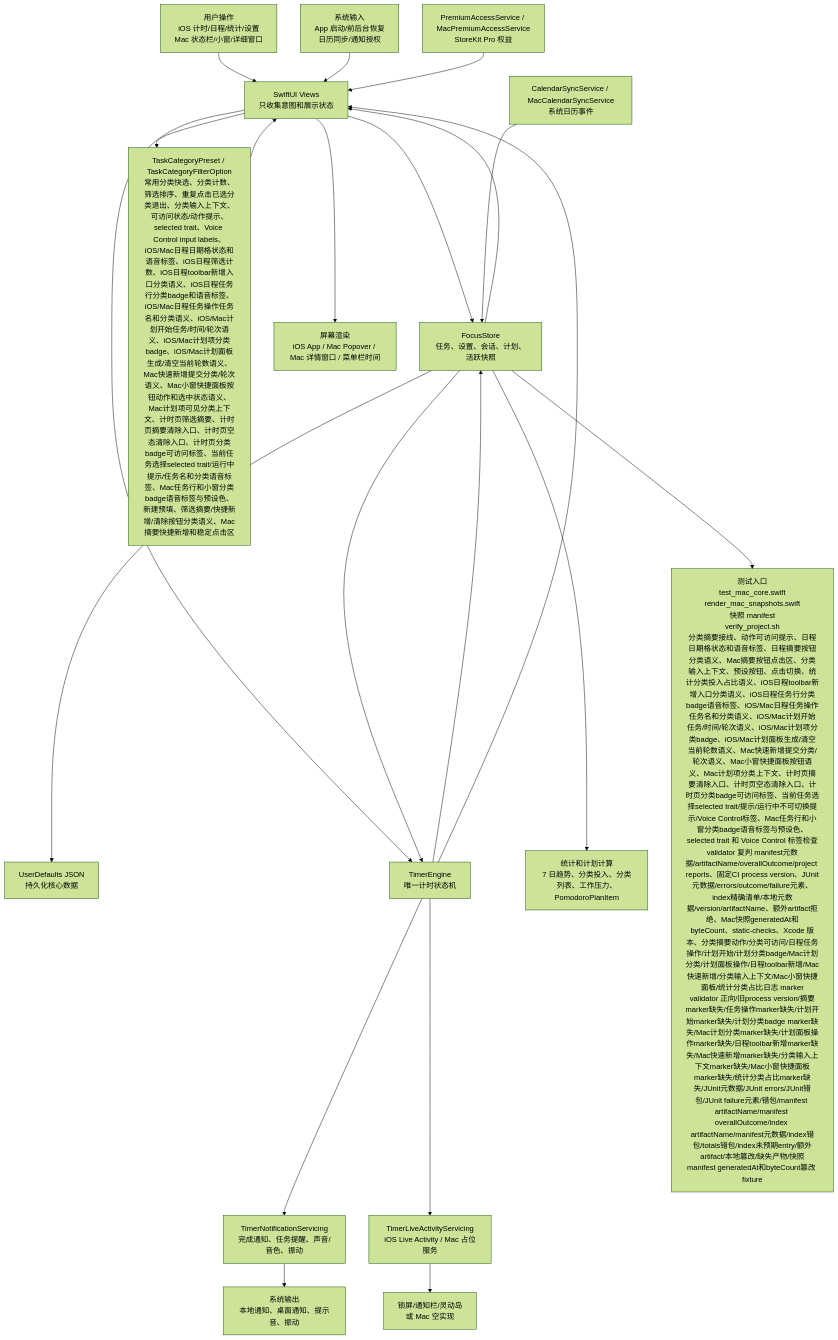
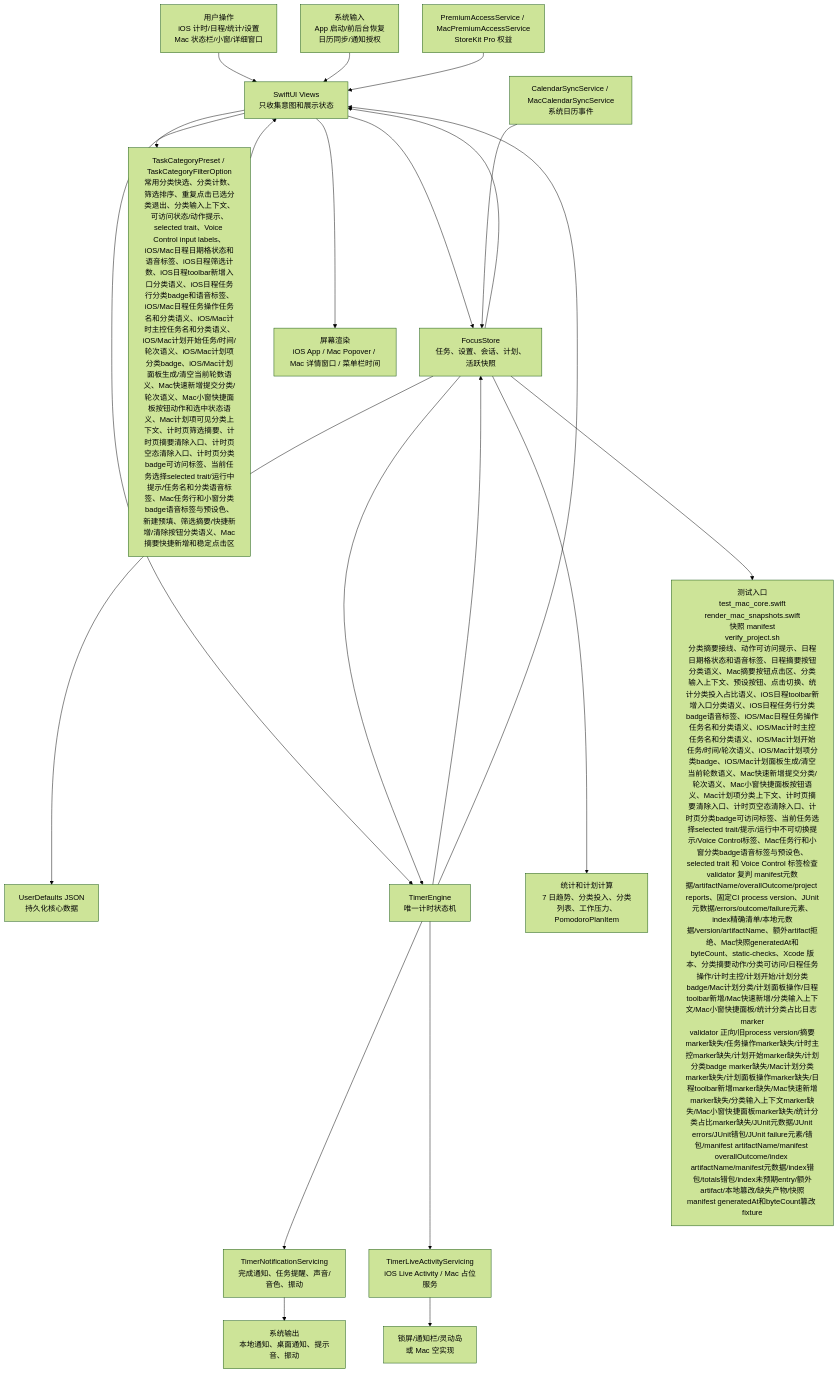
Before and after one commit to Altman-sam114/114: the first of 6 diagrams in md/flow/flowchart.md, drawn with Mermaid (forest theme). The commit also changed other lines of this file and 10 other files, not shown here.

````diff
--- a/md/flow/flowchart.md
+++ b/md/flow/flowchart.md
@@ -9,23 +9,23 @@
 ```mermaid
 flowchart TD
   U["用户操作<br/>iOS 计时/日程/统计/设置<br/>Mac 状态栏/小窗/详细窗口"] --> V["SwiftUI Views<br/>只收集意图和展示状态"]
   SYS["系统输入<br/>App 启动/前后台恢复<br/>日历同步/通知授权"] --> V
   V --> S["FocusStore<br/>任务、设置、会话、计划、活跃快照"]
-  V --> CAT["TaskCategoryPreset / TaskCategoryFilterOption<br/>常用分类快选、分类计数、筛选排序、重复点击已选分类退出、分类输入上下文、可访问状态/动作提示、selected trait、Voice Control input labels、iOS/Mac日程日期格状态和语音标签、iOS日程筛选计数、iOS日程toolbar新增入口分类语义、iOS日程任务行分类badge和语音标签、iOS/Mac日程任务操作任务名和分类语义、iOS/Mac计划开始任务/时间/轮次语义、iOS/Mac计划项分类badge、iOS/Mac计划面板生成/清空当前轮数语义、Mac快速新增提交分类/轮次语义、Mac小窗快捷面板按钮动作和选中状态语义、Mac计划项可见分类上下文、计时页筛选摘要、计时页摘要清除入口、计时页空态清除入口、计时页分类badge可访问标签、当前任务选择selected trait/运行中提示/任务名和分类语音标签、Mac任务行和小窗分类badge语音标签与预设色、新建预填、筛选摘要/快捷新增/清除按钮分类语义、Mac摘要快捷新增和稳定点击区"]
+  V --> CAT["TaskCategoryPreset / TaskCategoryFilterOption<br/>常用分类快选、分类计数、筛选排序、重复点击已选分类退出、分类输入上下文、可访问状态/动作提示、selected trait、Voice Control input labels、iOS/Mac日程日期格状态和语音标签、iOS日程筛选计数、iOS日程toolbar新增入口分类语义、iOS日程任务行分类badge和语音标签、iOS/Mac日程任务操作任务名和分类语义、iOS/Mac计时主控任务名和分类语义、iOS/Mac计划开始任务/时间/轮次语义、iOS/Mac计划项分类badge、iOS/Mac计划面板生成/清空当前轮数语义、Mac快速新增提交分类/轮次语义、Mac小窗快捷面板按钮动作和选中状态语义、Mac计划项可见分类上下文、计时页筛选摘要、计时页摘要清除入口、计时页空态清除入口、计时页分类badge可访问标签、当前任务选择selected trait/运行中提示/任务名和分类语音标签、Mac任务行和小窗分类badge语音标签与预设色、新建预填、筛选摘要/快捷新增/清除按钮分类语义、Mac摘要快捷新增和稳定点击区"]
   CAT --> V
   S --> P["UserDefaults JSON<br/>持久化核心数据"]
   V --> E["TimerEngine<br/>唯一计时状态机"]
   S --> E
   E --> S
   E --> N["TimerNotificationServicing<br/>完成通知、任务提醒、声音/音色、振动"]
   E --> L["TimerLiveActivityServicing<br/>iOS Live Activity / Mac 占位服务"]
   S --> C["统计和计划计算<br/>7 日趋势、分类投入、分类列表、工作压力、PomodoroPlanItem"]
   CAL["CalendarSyncService / MacCalendarSyncService<br/>系统日历事件"] --> S
   PRO["PremiumAccessService / MacPremiumAccessService<br/>StoreKit Pro 权益"] --> V
   S --> V
   E --> V
   V --> OUT["屏幕渲染<br/>iOS App / Mac Popover / Mac 详情窗口 / 菜单栏时间"]
   N --> OUT2["系统输出<br/>本地通知、桌面通知、提示音、振动"]
   L --> OUT3["锁屏/通知栏/灵动岛<br/>或 Mac 空实现"]
-  S --> T["测试入口<br/>test_mac_core.swift<br/>render_mac_snapshots.swift<br/>快照 manifest<br/>verify_project.sh<br/>分类摘要接线、动作可访问提示、日程日期格状态和语音标签、日程摘要按钮分类语义、Mac摘要按钮点击区、分类输入上下文、预设按钮、点击切换、统计分类投入占比语义、iOS日程toolbar新增入口分类语义、iOS日程任务行分类badge语音标签、iOS/Mac日程任务操作任务名和分类语义、iOS/Mac计划开始任务/时间/轮次语义、iOS/Mac计划项分类badge、iOS/Mac计划面板生成/清空当前轮数语义、Mac快速新增提交分类/轮次语义、Mac小窗快捷面板按钮语义、Mac计划项分类上下文、计时页摘要清除入口、计时页空态清除入口、计时页分类badge可访问标签、当前任务选择selected trait/提示/运行中不可切换提示/Voice Control标签、Mac任务行和小窗分类badge语音标签与预设色、selected trait 和 Voice Control 标签检查<br/>validator 复判 manifest元数据/artifactName/overallOutcome/project reports、固定CI process version、JUnit元数据/errors/outcome/failure元素、index精确清单/本地元数据/version/artifactName、额外artifact拒绝、Mac快照generatedAt和byteCount、static-checks、Xcode 版本、分类摘要动作/分类可访问/日程任务操作/计划开始/计划分类badge/Mac计划分类/计划面板操作/日程toolbar新增/Mac快速新增/分类输入上下文/Mac小窗快捷面板/统计分类占比日志 marker<br/>validator 正向/旧process version/摘要marker缺失/任务操作marker缺失/计划开始marker缺失/计划分类badge marker缺失/Mac计划分类marker缺失/计划面板操作marker缺失/日程toolbar新增marker缺失/Mac快速新增marker缺失/分类输入上下文marker缺失/Mac小窗快捷面板marker缺失/统计分类占比marker缺失/JUnit元数据/JUnit errors/JUnit错包/JUnit failure元素/错包/manifest artifactName/manifest overallOutcome/index artifactName/manifest元数据/index错包/totals错包/index未预期entry/额外artifact/本地篡改/缺失产物/快照manifest generatedAt和byteCount篡改 fixture"]
+  S --> T["测试入口<br/>test_mac_core.swift<br/>render_mac_snapshots.swift<br/>快照 manifest<br/>verify_project.sh<br/>分类摘要接线、动作可访问提示、日程日期格状态和语音标签、日程摘要按钮分类语义、Mac摘要按钮点击区、分类输入上下文、预设按钮、点击切换、统计分类投入占比语义、iOS日程toolbar新增入口分类语义、iOS日程任务行分类badge语音标签、iOS/Mac日程任务操作任务名和分类语义、iOS/Mac计时主控任务名和分类语义、iOS/Mac计划开始任务/时间/轮次语义、iOS/Mac计划项分类badge、iOS/Mac计划面板生成/清空当前轮数语义、Mac快速新增提交分类/轮次语义、Mac小窗快捷面板按钮语义、Mac计划项分类上下文、计时页摘要清除入口、计时页空态清除入口、计时页分类badge可访问标签、当前任务选择selected trait/提示/运行中不可切换提示/Voice Control标签、Mac任务行和小窗分类badge语音标签与预设色、selected trait 和 Voice Control 标签检查<br/>validator 复判 manifest元数据/artifactName/overallOutcome/project reports、固定CI process version、JUnit元数据/errors/outcome/failure元素、index精确清单/本地元数据/version/artifactName、额外artifact拒绝、Mac快照generatedAt和byteCount、static-checks、Xcode 版本、分类摘要动作/分类可访问/日程任务操作/计时主控/计划开始/计划分类badge/Mac计划分类/计划面板操作/日程toolbar新增/Mac快速新增/分类输入上下文/Mac小窗快捷面板/统计分类占比日志 marker<br/>validator 正向/旧process version/摘要marker缺失/任务操作marker缺失/计时主控marker缺失/计划开始marker缺失/计划分类badge marker缺失/Mac计划分类marker缺失/计划面板操作marker缺失/日程toolbar新增marker缺失/Mac快速新增marker缺失/分类输入上下文marker缺失/Mac小窗快捷面板marker缺失/统计分类占比marker缺失/JUnit元数据/JUnit errors/JUnit错包/JUnit failure元素/错包/manifest artifactName/manifest overallOutcome/index artifactName/manifest元数据/index错包/totals错包/index未预期entry/额外artifact/本地篡改/缺失产物/快照manifest generatedAt和byteCount篡改 fixture"]
 ```
````
